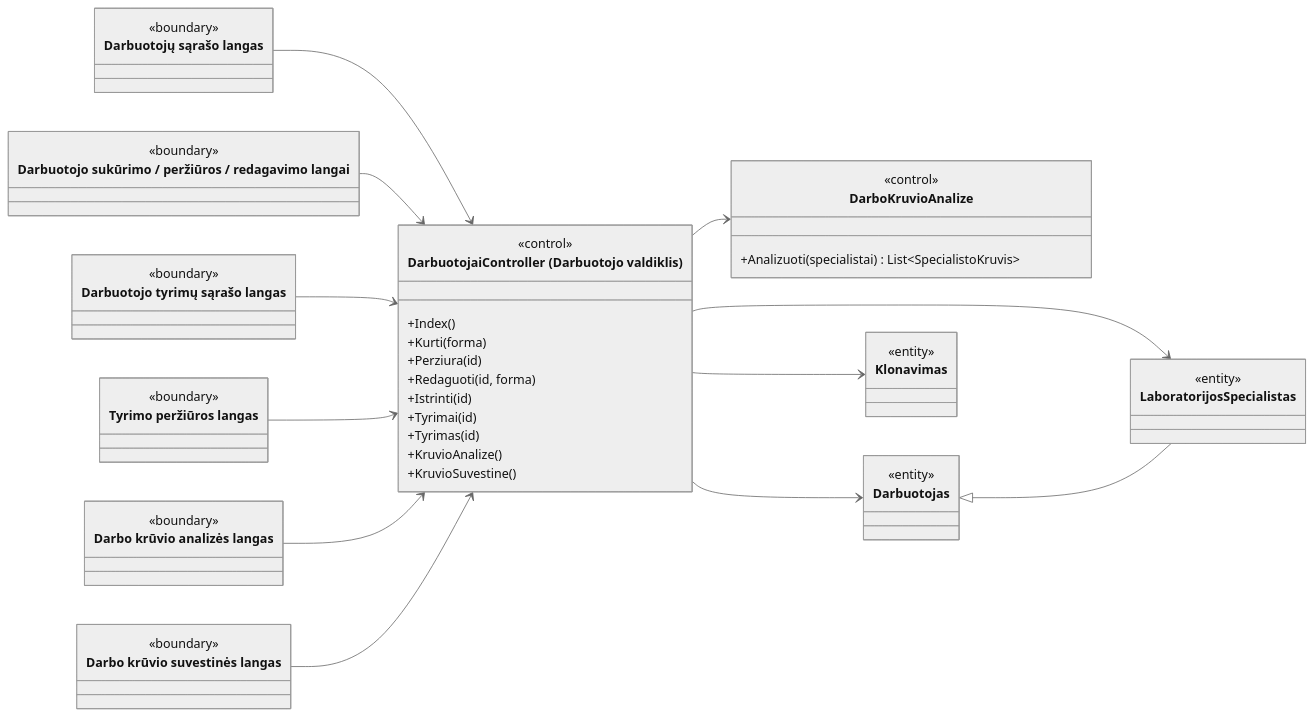
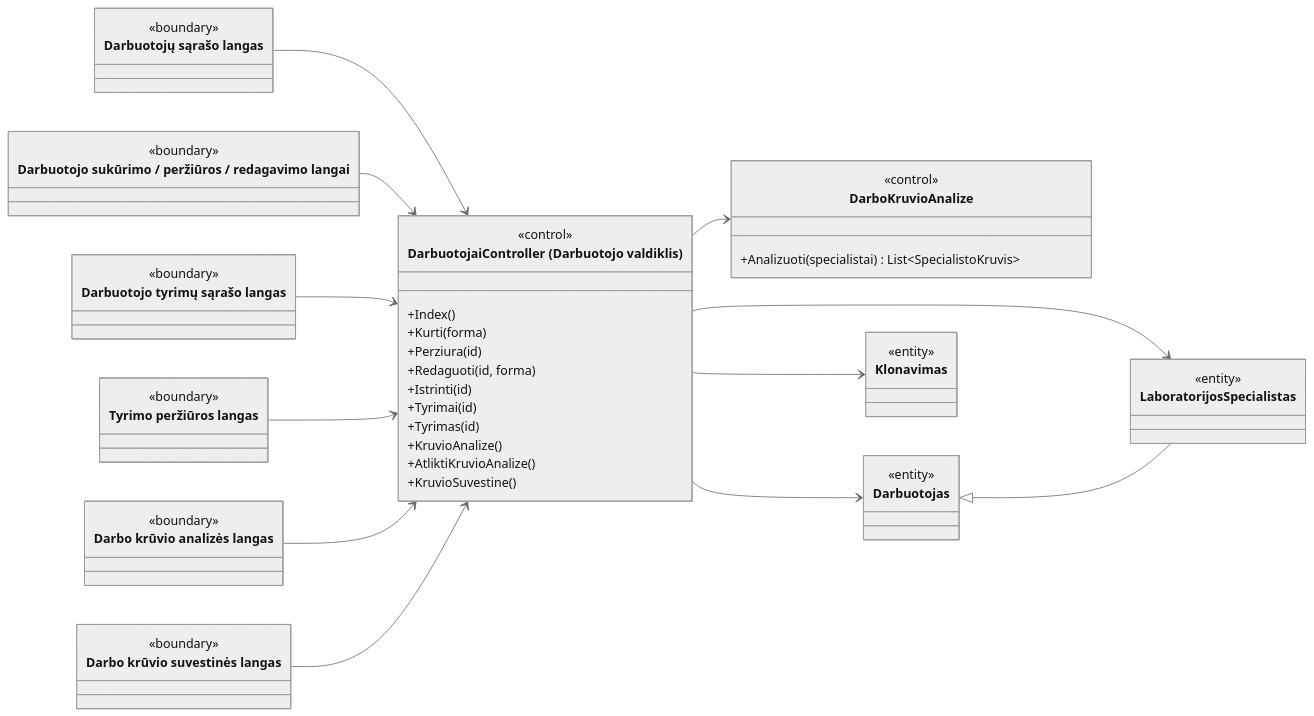
Before and after one commit to cmigle/gyvunu_klonavimo_sistema: the seventh of 7 diagrams in docs/architektura.md, drawn with Mermaid (neutral theme). The commit also changed other lines of this file, not shown here.

Commit message:
Add result and analysis actions to architecture

````diff
--- a/docs/architektura.md
+++ b/docs/architektura.md
@@ -303,41 +304,42 @@
 ```mermaid
 classDiagram
     direction LR
     class DarbuotojuSarasoLangas["Darbuotojų sąrašo langas"] { <<boundary>> }
     class DarbuotojoLangai["Darbuotojo sukūrimo / peržiūros / redagavimo langai"] { <<boundary>> }
     class TyrimuSarasoLangas["Darbuotojo tyrimų sąrašo langas"] { <<boundary>> }
     class TyrimoPerziurosLangas["Tyrimo peržiūros langas"] { <<boundary>> }
     class KruvioAnalizesLangas["Darbo krūvio analizės langas"] { <<boundary>> }
     class KruvioSuvestinesLangas["Darbo krūvio suvestinės langas"] { <<boundary>> }
     class DarbuotojaiController["DarbuotojaiController (Darbuotojo valdiklis)"] {
         <<control>>
         +Index()
         +Kurti(forma)
         +Perziura(id)
         +Redaguoti(id, forma)
         +Istrinti(id)
         +Tyrimai(id)
         +Tyrimas(id)
         +KruvioAnalize()
+        +AtliktiKruvioAnalize()
         +KruvioSuvestine()
     }
     class DarboKruvioAnalize {
         <<control>>
         +Analizuoti(specialistai) List~SpecialistoKruvis~
     }
     class Darbuotojas { <<entity>> }
     class LaboratorijosSpecialistas { <<entity>> }
     class Klonavimas { <<entity>> }
 
     DarbuotojuSarasoLangas --> DarbuotojaiController
     DarbuotojoLangai --> DarbuotojaiController
     TyrimuSarasoLangas --> DarbuotojaiController
     TyrimoPerziurosLangas --> DarbuotojaiController
     KruvioAnalizesLangas --> DarbuotojaiController
     KruvioSuvestinesLangas --> DarbuotojaiController
     DarbuotojaiController --> DarboKruvioAnalize
     DarbuotojaiController --> Darbuotojas
     DarbuotojaiController --> LaboratorijosSpecialistas
     DarbuotojaiController --> Klonavimas
     Darbuotojas <|-- LaboratorijosSpecialistas
 ```
````
